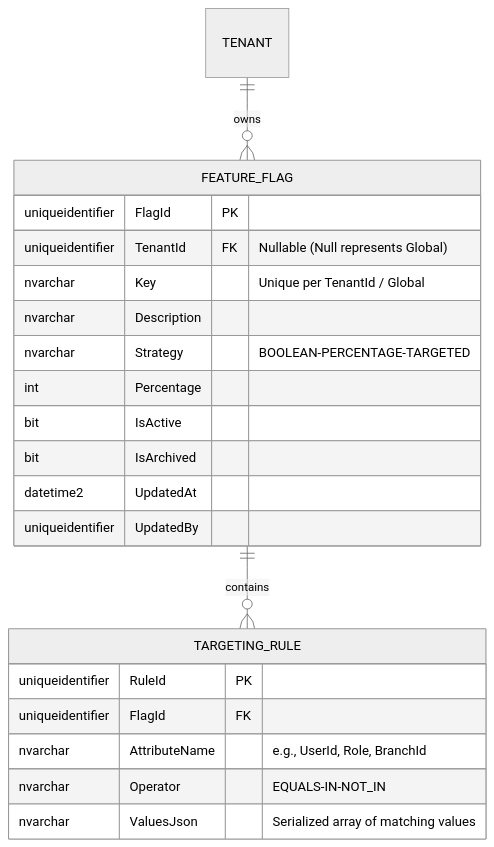
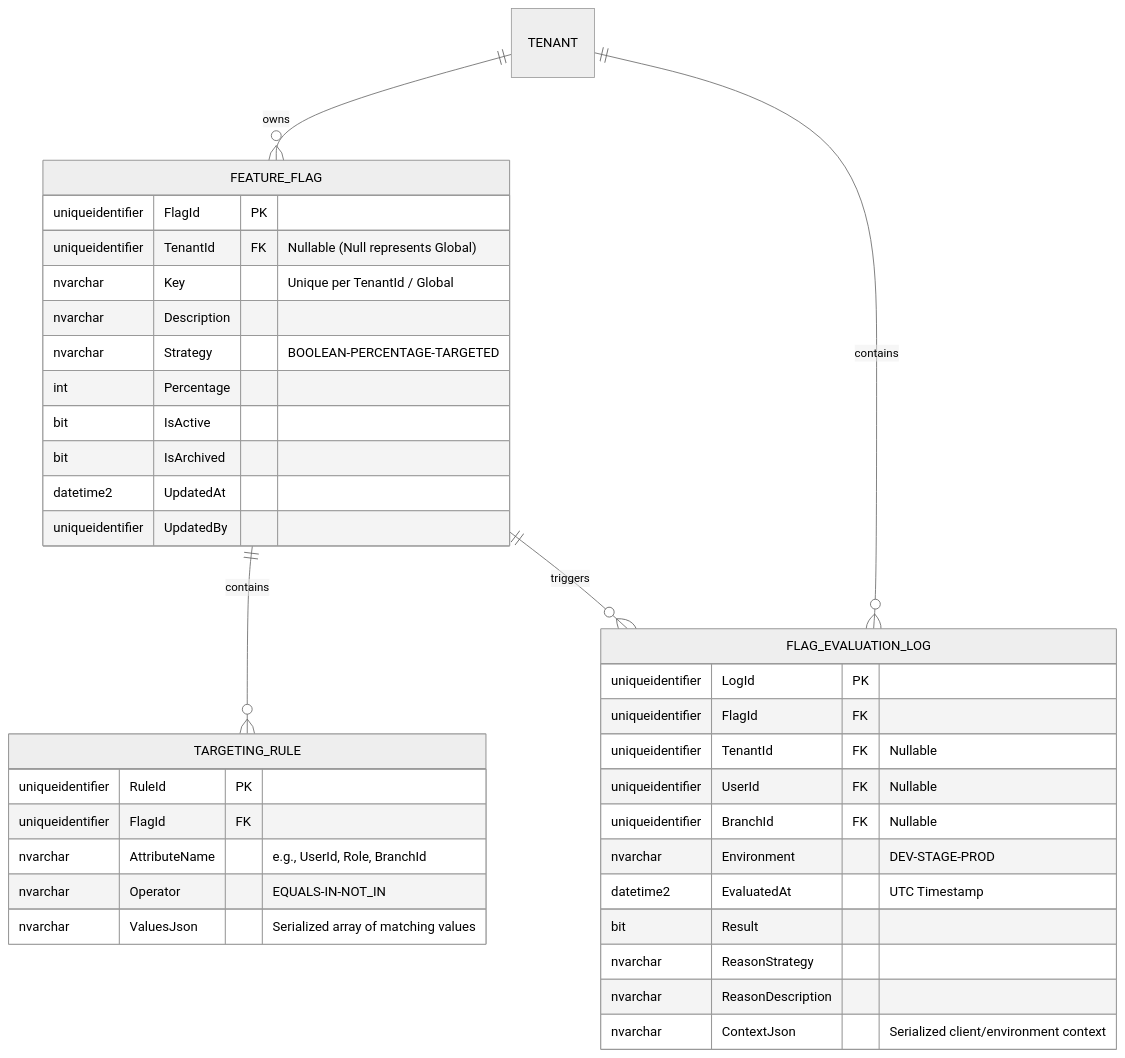
The fourth of 4 diagrams in docs/domain/configuration/feature-flag.md (beyondnetcode/ums), drawn with Mermaid (neutral theme) before and after one commit. The commit also changed other lines of this file and 19 other files, not shown here.

````diff
--- a/docs/domain/configuration/feature-flag.md
+++ b/docs/domain/configuration/feature-flag.md
@@ -158,25 +228,40 @@
 ```mermaid
 erDiagram
     TENANT ||--o{ FEATURE_FLAG : "owns"
     FEATURE_FLAG ||--o{ TARGETING_RULE : "contains"
+    FEATURE_FLAG ||--o{ FLAG_EVALUATION_LOG : "triggers"
+    TENANT ||--o{ FLAG_EVALUATION_LOG : "contains"
 
     FEATURE_FLAG {
         uniqueidentifier FlagId PK
         uniqueidentifier TenantId FK "Nullable (Null represents Global)"
         nvarchar Key "Unique per TenantId / Global"
         nvarchar Description
         nvarchar Strategy "BOOLEAN-PERCENTAGE-TARGETED"
         int Percentage
         bit IsActive
         bit IsArchived
         datetime2 UpdatedAt
         uniqueidentifier UpdatedBy
     }
     TARGETING_RULE {
         uniqueidentifier RuleId PK
         uniqueidentifier FlagId FK
         nvarchar AttributeName "e.g., UserId, Role, BranchId"
         nvarchar Operator "EQUALS-IN-NOT_IN"
         nvarchar ValuesJson "Serialized array of matching values"
     }
+    FLAG_EVALUATION_LOG {
+        uniqueidentifier LogId PK
+        uniqueidentifier FlagId FK
+        uniqueidentifier TenantId FK "Nullable"
+        uniqueidentifier UserId FK "Nullable"
+        uniqueidentifier BranchId FK "Nullable"
+        nvarchar Environment "DEV-STAGE-PROD"
+        datetime2 EvaluatedAt "UTC Timestamp"
+        bit Result
+        nvarchar ReasonStrategy
+        nvarchar ReasonDescription
+        nvarchar ContextJson "Serialized client/environment context"
+    }
 ```
````
